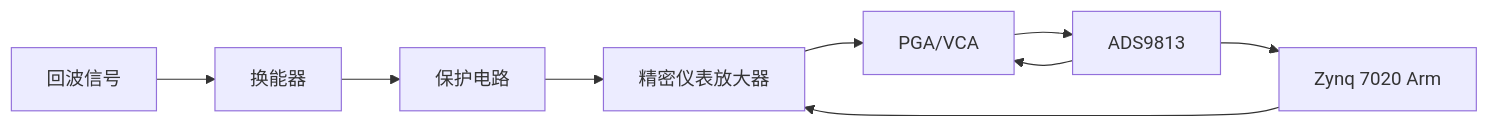
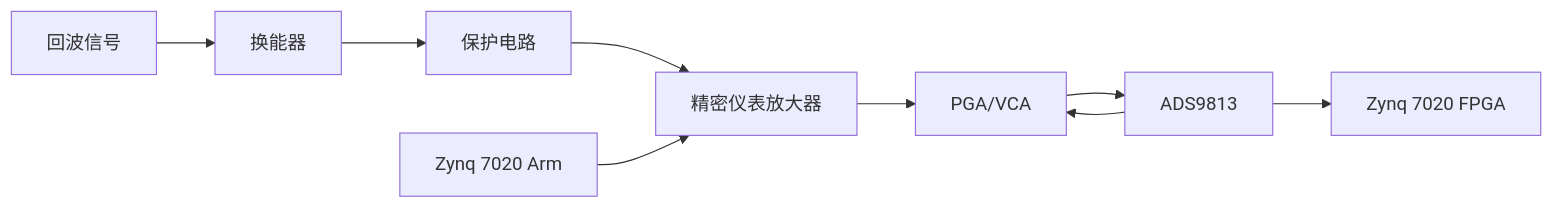
One commit to Rukawa15/iodraw-files changed the diagram in all/多通道同步采集-1.md. Above: the diagram before and after it, drawn with Mermaid.

Commit message:
2025-06-19 14:02:41 update

````diff
--- a/all/多通道同步采集-1.md
+++ b/all/多通道同步采集-1.md
@@ -1,7 +1,8 @@
 ```mermaid
 graph LR
-A[回波信号] --> B[换能器] --> C[保护电路] --> D[精密仪表放大器] --> E[PGA/VCA] --> F[ADS9813] --> G[Zynq 7020 FPGA]
-G[Zynq 7020 Arm] --> D
+A[回波信号]
+--> B[换能器] --> C[保护电路] --> D[精密仪表放大器] --> E[PGA/VCA] --> F[ADS9813] --> G[Zynq 7020 FPGA]
+H[Zynq 7020 Arm] --> D
 F --> E
 
 ```
````
